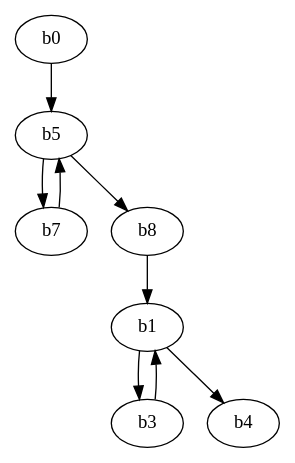
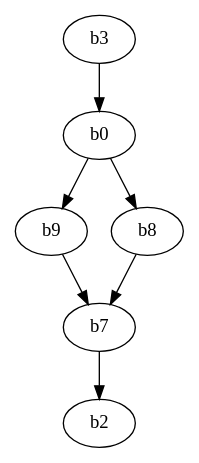
The diagram in MiniOptIm3/before.dot (JoelWAnna/MiniOptimizingCompiler), drawn with Graphviz before and after one commit. The commit also changed 26 other files, not shown here.

```diff
--- a/MiniOptIm3/before.dot
+++ b/MiniOptIm3/before.dot
@@ -1,11 +1,9 @@
 digraph MIL {
-  b0;
-  b0 -> b5;
-  b7 -> b5;
-  b5 -> b8;
-  b8 -> b1;
-  b3 -> b1;
-  b1 -> b4;
-  b1 -> b3;
-  b5 -> b7;
+  b3;
+  b3 -> b0;
+  b0 -> b9;
+  b0 -> b8;
+  b9 -> b7;
+  b8 -> b7;
+  b7 -> b2;
 }
```
